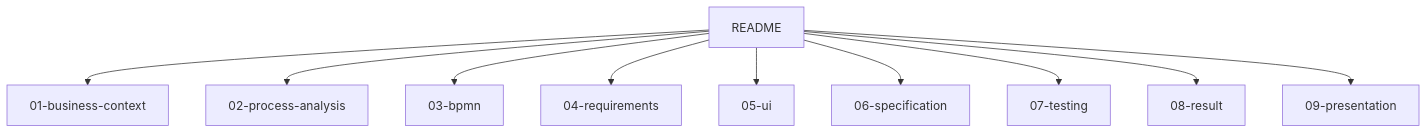
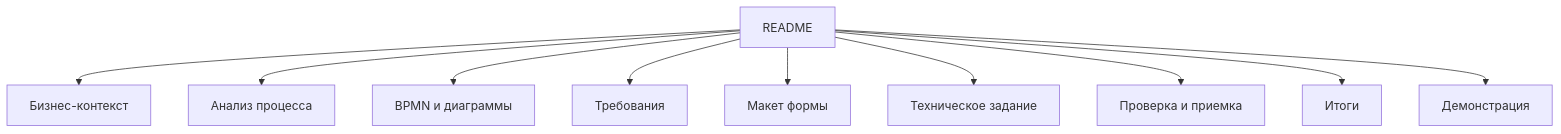
One commit to druzhinskaia/1c-order-processing-automation changed the second of 2 diagrams in README.md. Above: the diagram before and after it, drawn with Mermaid. The commit also changed other lines of this file and 27 other files, not shown here.

````diff
--- a/README.md
+++ b/README.md
@@ -165,12 +165,12 @@
 ```mermaid
 flowchart TD
-    R["README"] --> BC["01-business-context"]
-    R --> PA["02-process-analysis"]
-    R --> BPMN["03-bpmn"]
-    R --> REQ["04-requirements"]
-    R --> UI["05-ui"]
-    R --> TS["06-specification"]
-    R --> TEST["07-testing"]
-    R --> RES["08-result"]
-    R --> PRES["09-presentation"]
+    R["README"] --> BC["Бизнес-контекст"]
+    R --> PA["Анализ процесса"]
+    R --> BPMN["BPMN и диаграммы"]
+    R --> REQ["Требования"]
+    R --> UI["Макет формы"]
+    R --> TS["Техническое задание"]
+    R --> TEST["Проверка и приемка"]
+    R --> RES["Итоги"]
+    R --> PRES["Демонстрация"]
 ```
````
